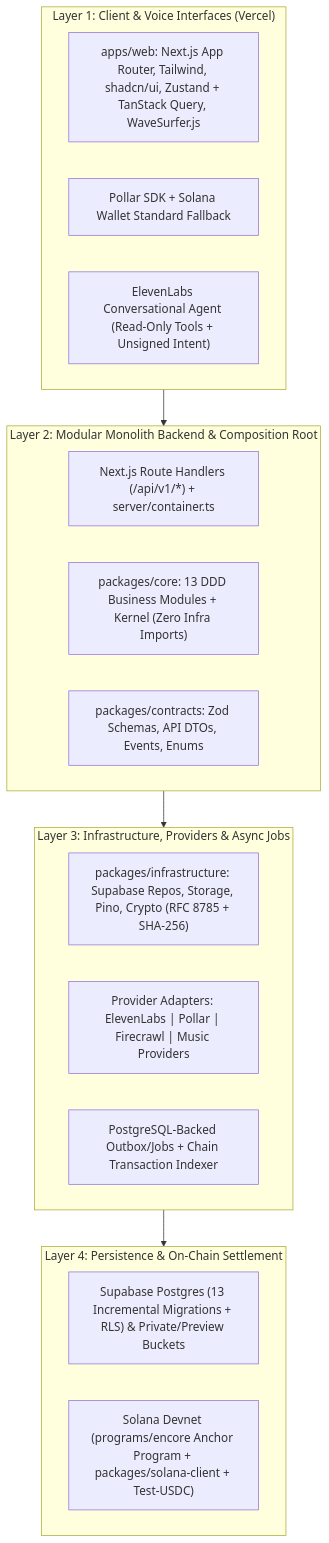
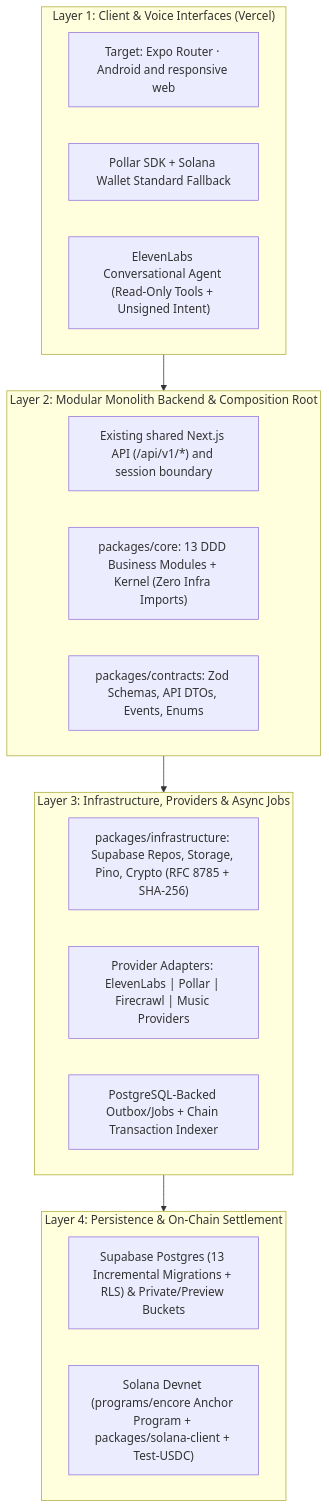
The diagram in docs/architecture/ARCHITECTURE.md (Soujanya-Mctrl/Encore), drawn with Mermaid before and after one commit. The commit also changed other lines of this file and 11 other files, not shown here.

Commit message:
feat: integrate onboarding and architecture (2/14)

````diff
--- a/docs/architecture/ARCHITECTURE.md
+++ b/docs/architecture/ARCHITECTURE.md
@@ -11,24 +13,24 @@
 ```mermaid
 flowchart TD
     subgraph S1["Layer 1: Client & Voice Interfaces (Vercel)"]
-        Web["apps/web: Next.js App Router, Tailwind, shadcn/ui, Zustand + TanStack Query, WaveSurfer.js"]
+        Web["Target: Expo Router · Android and responsive web"]
         Wallet["Pollar SDK + Solana Wallet Standard Fallback"]
         Agent["ElevenLabs Conversational Agent (Read-Only Tools + Unsigned Intent)"]
     end
     subgraph S2["Layer 2: Modular Monolith Backend & Composition Root"]
-        API["Next.js Route Handlers (/api/v1/*) + server/container.ts"]
+        API["Existing shared Next.js API (/api/v1/*) and session boundary"]
         Core["packages/core: 13 DDD Business Modules + Kernel (Zero Infra Imports)"]
         Contracts["packages/contracts: Zod Schemas, API DTOs, Events, Enums"]
     end
     subgraph S3["Layer 3: Infrastructure, Providers & Async Jobs"]
         Infra["packages/infrastructure: Supabase Repos, Storage, Pino, Crypto (RFC 8785 + SHA-256)"]
         Adapters["Provider Adapters: ElevenLabs | Pollar | Firecrawl | Music Providers"]
         Jobs["PostgreSQL-Backed Outbox/Jobs + Chain Transaction Indexer"]
     end
     subgraph S4["Layer 4: Persistence & On-Chain Settlement"]
         SupaDB["Supabase Postgres (13 Incremental Migrations + RLS) & Private/Preview Buckets"]
         Solana["Solana Devnet (programs/encore Anchor Program + packages/solana-client + Test-USDC)"]
     end
 
     S1 --> S2 --> S3 --> S4
 ```
````
